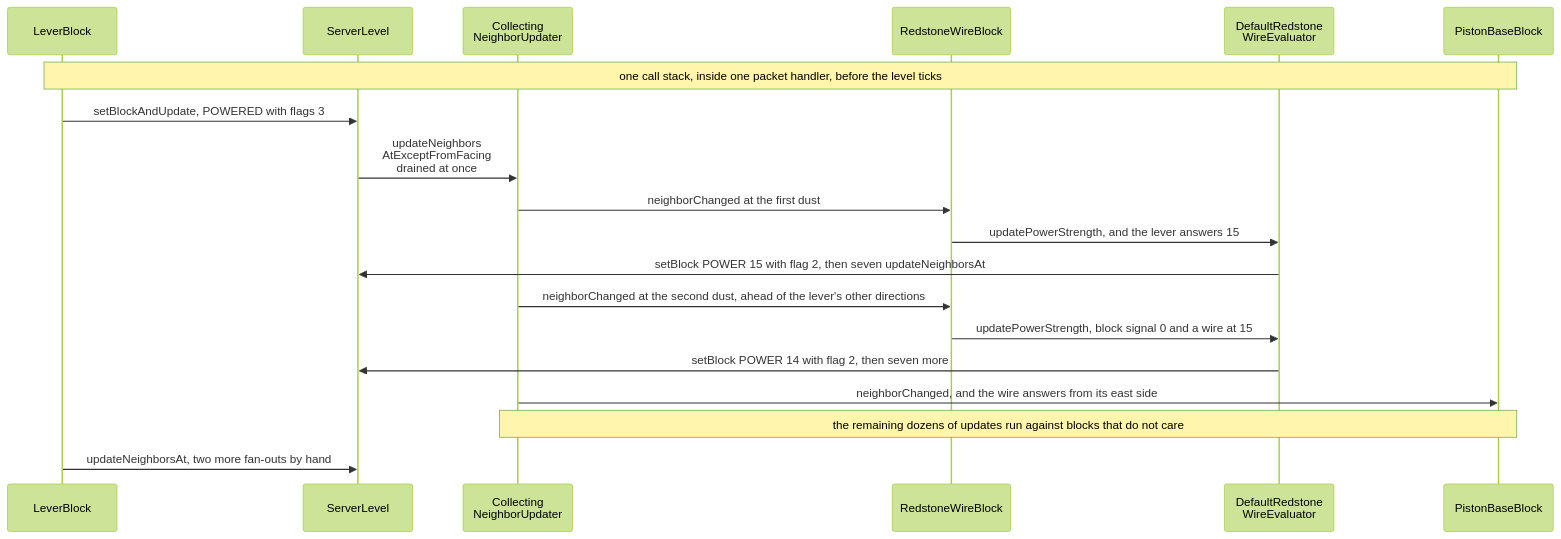
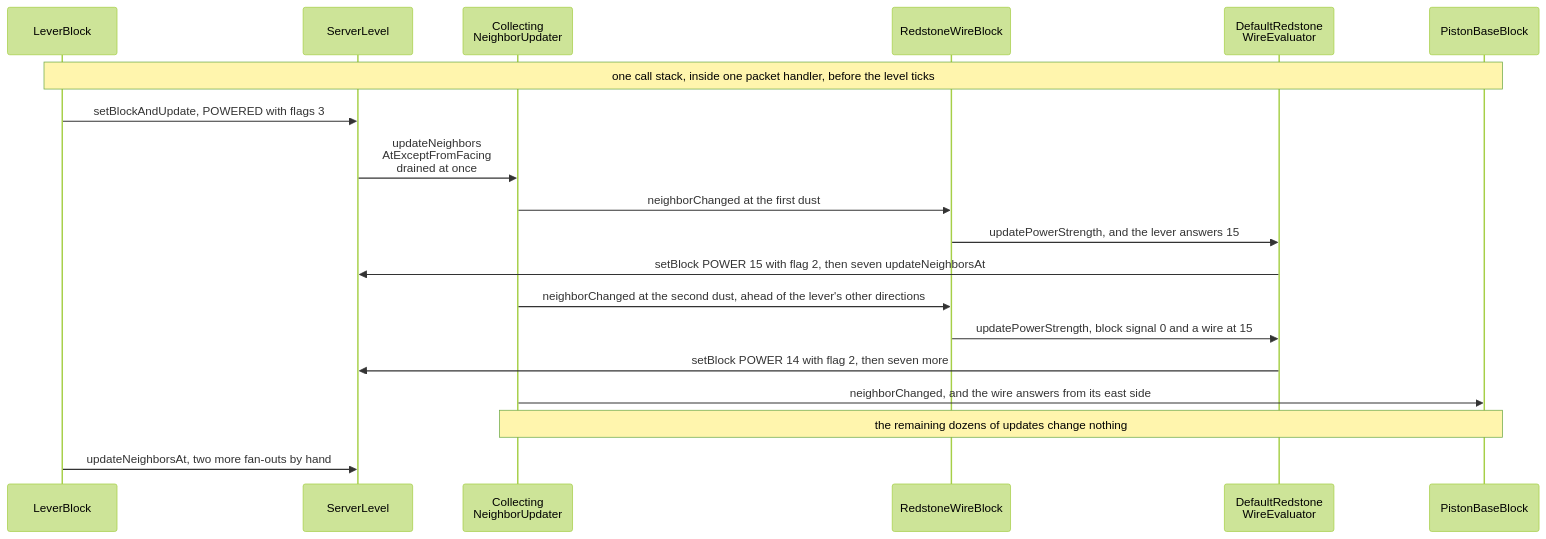
One commit to AlexanderjFraser/MinecraftDocs changed the second of 2 diagrams in src/systems/blocks/signal-and-dust.md. Above: the diagram before and after it, drawn with Mermaid (forest theme). The commit also changed other lines of this file and 21 other files, not shown here.

````diff
--- a/src/systems/blocks/signal-and-dust.md
+++ b/src/systems/blocks/signal-and-dust.md
@@ -221,21 +224,21 @@
 ```mermaid
 sequenceDiagram
     participant LevB as LeverBlock
     participant SL as ServerLevel
     participant CNU as Collecting<br/>NeighborUpdater
     participant RWB as RedstoneWireBlock
     participant DRWE as DefaultRedstone<br/>WireEvaluator
     participant PBB as PistonBaseBlock
     Note over LevB,PBB: one call stack, inside one packet handler, before the level ticks
     LevB->>SL: setBlockAndUpdate, POWERED with flags 3
     SL->>CNU: updateNeighbors<br/>AtExceptFromFacing<br/>drained at once
     CNU->>RWB: neighborChanged at the first dust
     RWB->>DRWE: updatePowerStrength, and the lever answers 15
     DRWE->>SL: setBlock POWER 15 with flag 2, then seven updateNeighborsAt
     CNU->>RWB: neighborChanged at the second dust, ahead of the lever's other directions
     RWB->>DRWE: updatePowerStrength, block signal 0 and a wire at 15
     DRWE->>SL: setBlock POWER 14 with flag 2, then seven more
     CNU->>PBB: neighborChanged, and the wire answers from its east side
-    Note over CNU,PBB: the remaining dozens of updates run against blocks that do not care
+    Note over CNU,PBB: the remaining dozens of updates change nothing
     LevB->>SL: updateNeighborsAt, two more fan-outs by hand
 ```
````
